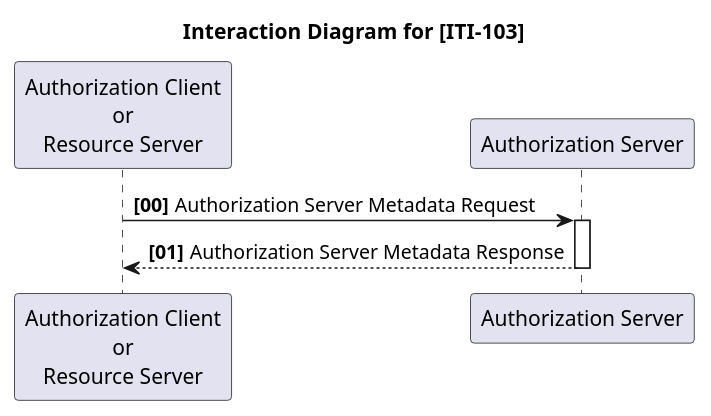
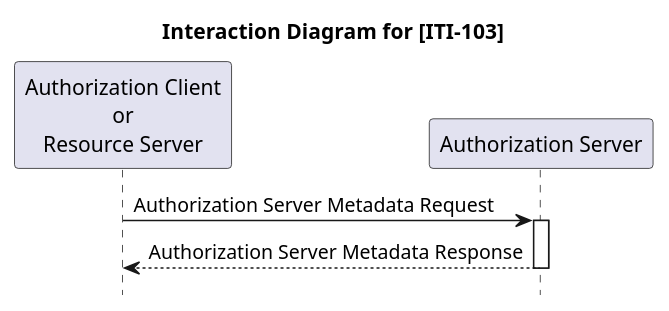
Before and after one commit to ehealthsuisse/ch-epr-fhir: the diagram in input/images-source/IUA_ActorDiagram_ITI-103.plantuml, drawn with PlantUML. The commit also changed 33 other files, not shown here.

```diff
--- a/input/images-source/IUA_ActorDiagram_ITI-103.plantuml
+++ b/input/images-source/IUA_ActorDiagram_ITI-103.plantuml
@@ -1,14 +1,14 @@
 @startuml 
 
 title Interaction Diagram for [ITI-103]
 
 participant "Authorization Client\nor\nResource Server" as Client
 participant "Authorization Server" as AuthzServer
 
-autonumber 0 1 "<b>[00]</b>"
 autoactivate on
+hide footbox
 
 Client -> AuthzServer: Authorization Server Metadata Request
 Client <-- AuthzServer: Authorization Server Metadata Response
 
 @enduml
```
